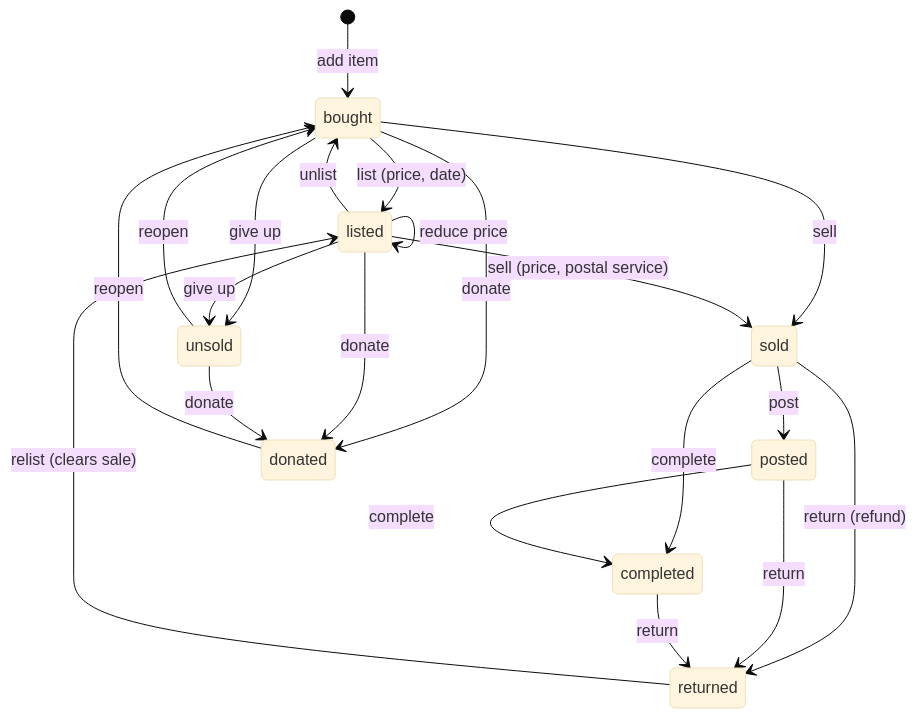
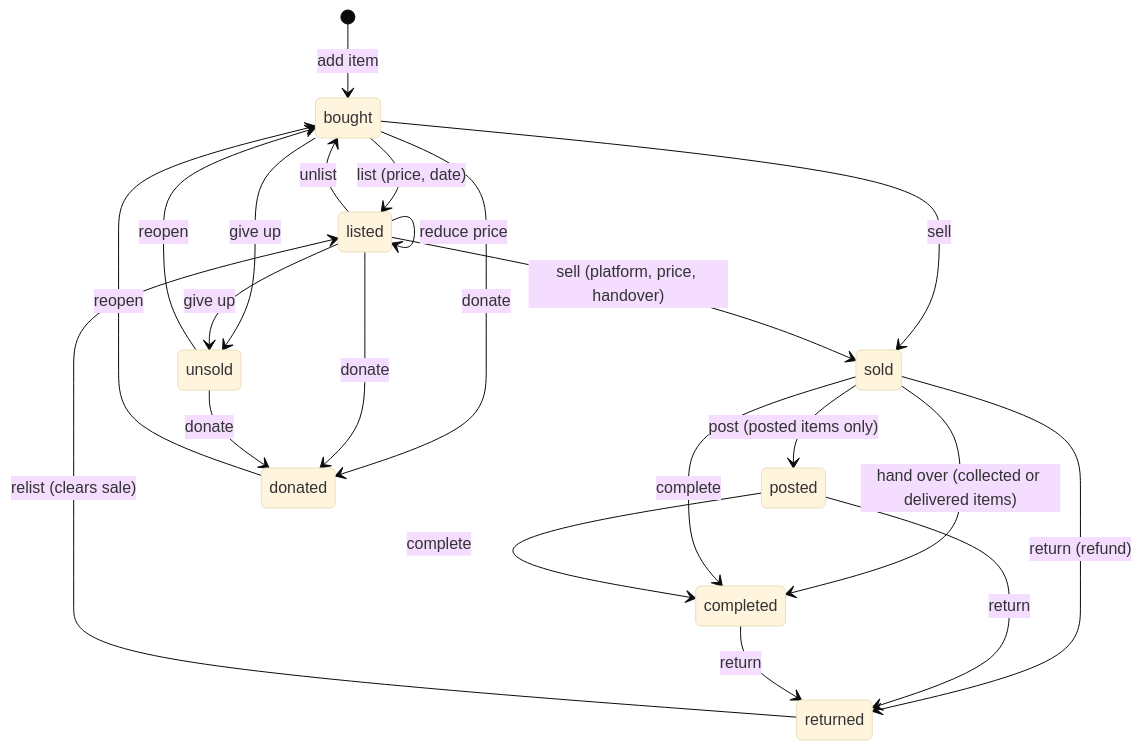
One commit to ross-oliver-ai/HiddenGems changed the second of 2 diagrams in README.md. Above: the diagram before and after it, drawn with Mermaid (base theme). The commit also changed other lines of this file and 28 other files, not shown here.

First line of the commit message:
Multi-platform selling: platforms, listings, sold-on and handover (#27)

````diff
--- a/README.md
+++ b/README.md
@@ -188,23 +193,24 @@
 ```mermaid
 stateDiagram-v2
   [*] --> bought: add item
   bought --> listed: list (price, date)
   listed --> listed: reduce price
   listed --> bought: unlist
   bought --> sold: sell
-  listed --> sold: sell (price, postal service)
-  sold --> posted: post
+  listed --> sold: sell (platform, price, handover)
+  sold --> posted: post (posted items only)
+  sold --> completed: hand over (collected or delivered items)
   sold --> completed: complete
   posted --> completed: complete
   sold --> returned: return (refund)
   posted --> returned: return
   completed --> returned: return
   returned --> listed: relist (clears sale)
   bought --> unsold: give up
   listed --> unsold: give up
   bought --> donated: donate
   listed --> donated: donate
   unsold --> donated: donate
   unsold --> bought: reopen
   donated --> bought: reopen
 ```
````
